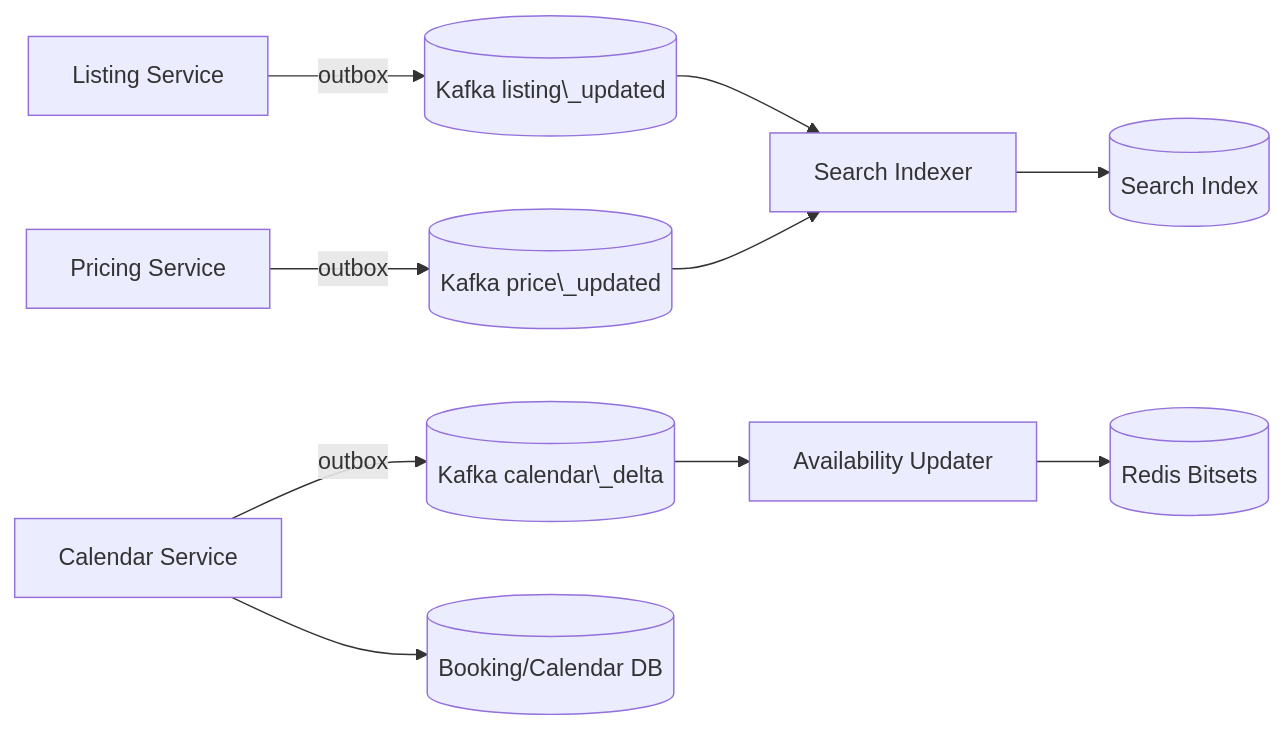
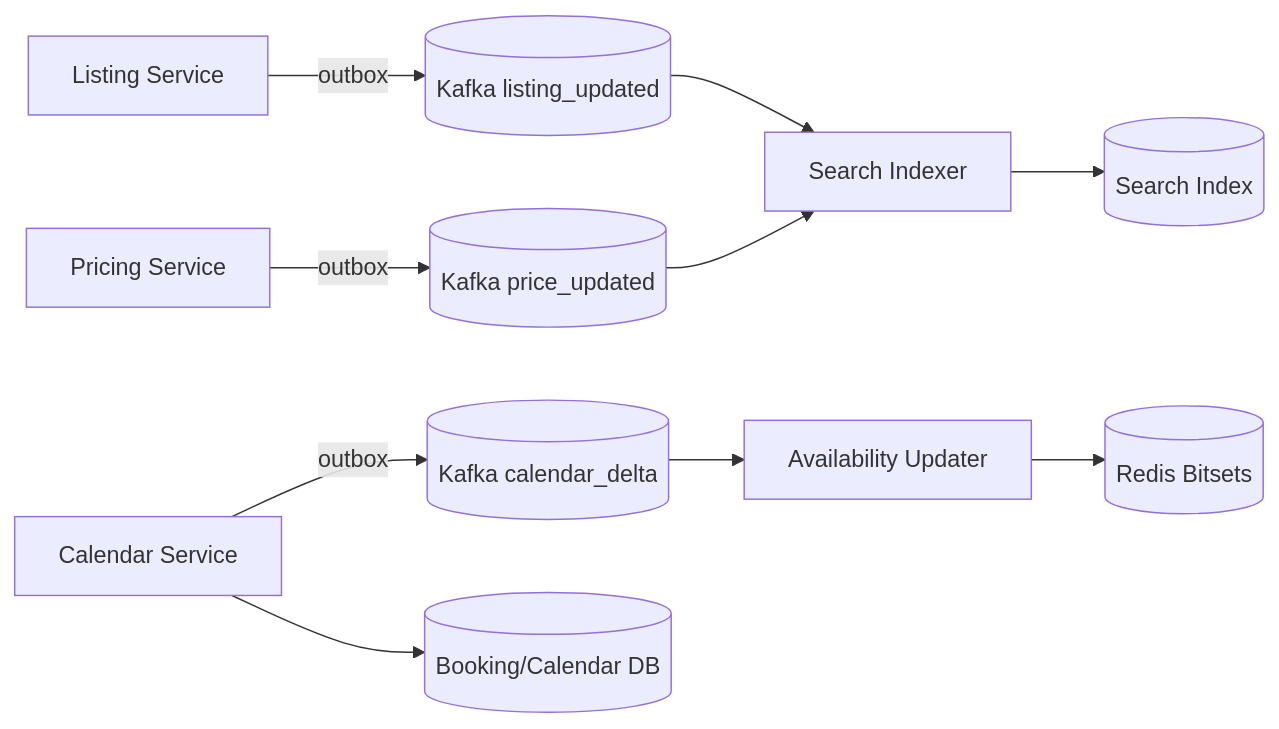
Diagram 12 of 15 in airbnb/DesignAirbnb.md (LatencyTDH/pro-architectural-designs), drawn with Mermaid before and after one commit. The commit also changed other lines of this file, not shown here.

````diff
--- a/airbnb/DesignAirbnb.md
+++ b/airbnb/DesignAirbnb.md
@@ -1150,11 +1234,11 @@
 ```mermaid
 graph LR
-L[Listing Service] -->|outbox| K1[(Kafka listing\_updated)]
-P[Pricing Service] -->|outbox| K2[(Kafka price\_updated)]
-C[Calendar Service] -->|outbox| K3[(Kafka calendar\_delta)]
+L[Listing Service] -->|outbox| K1[(Kafka listing_updated)]
+P[Pricing Service] -->|outbox| K2[(Kafka price_updated)]
+C[Calendar Service] -->|outbox| K3[(Kafka calendar_delta)]
 K1 & K2 --> X[Search Indexer]
 X --> SI[(Search Index)]
 K3 --> AV[Availability Updater]
 AV --> R[(Redis Bitsets)]
 C --> OLTP[(Booking/Calendar DB)]
 ```
````
